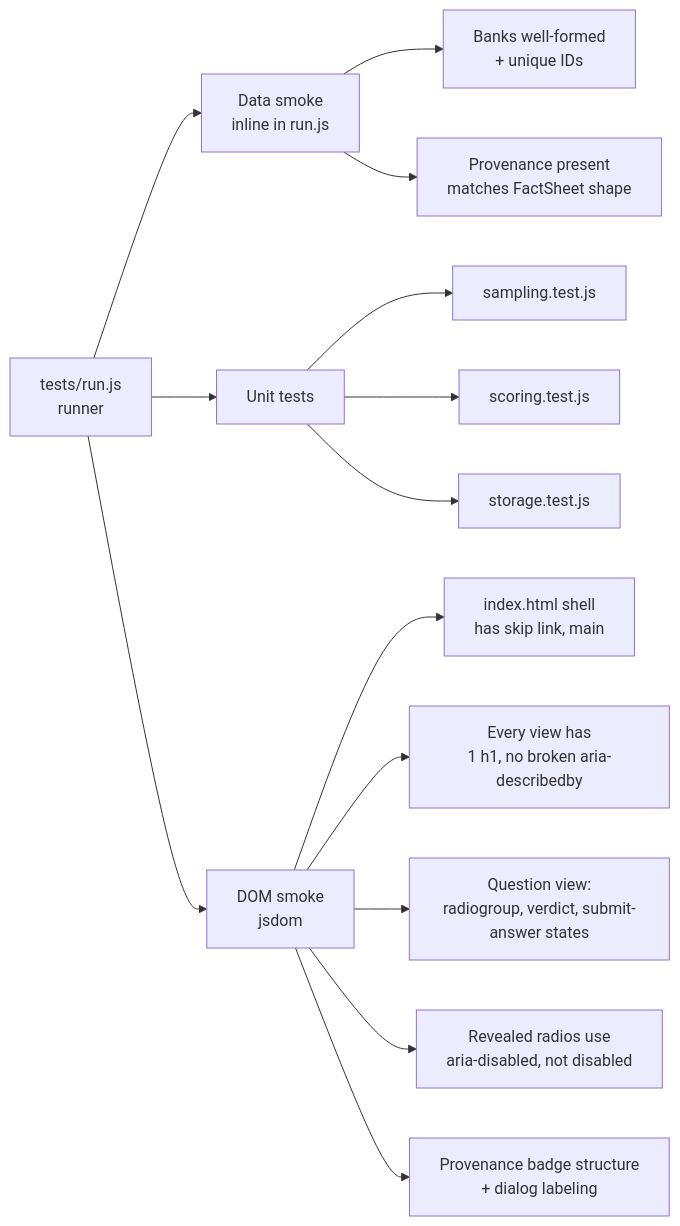
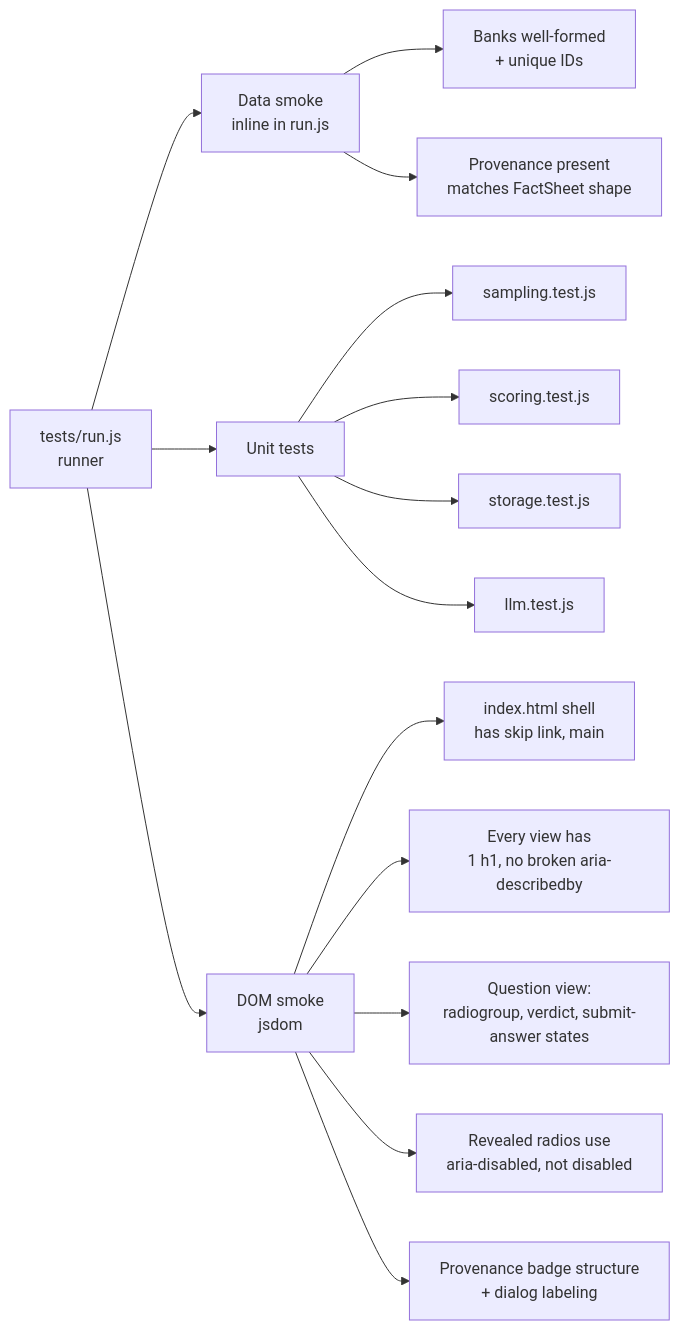
Before and after one commit to lucidsif/cpacc-exam-prep: the fourth of 4 diagrams in ARCHITECTURE.md, drawn with Mermaid. The commit also changed other lines of this file and 19 other files, not shown here.

````diff
--- a/ARCHITECTURE.md
+++ b/ARCHITECTURE.md
@@ -218,23 +239,24 @@
 ```mermaid
 graph LR
   accTitle: Test suite layers
-  accDescr: The test runner discovers every *.test.js file in tests/. There are three layers: data smoke tests (inline in run.js) validate data file structure and provenance. Unit tests cover pure logic in sampling, scoring, and storage. DOM smoke tests use jsdom to assert view-level accessibility contracts.
+  accDescr: The test runner discovers every *.test.js file in tests/. There are three layers: data smoke tests (inline in run.js) validate data file structure and provenance. Unit tests cover pure logic in sampling, scoring, storage, and the LLM provider helper. DOM smoke tests use jsdom to assert view-level accessibility contracts.
 
   R[tests/run.js<br/>runner]
   DS[Data smoke<br/>inline in run.js]
   U[Unit tests]
   V[DOM smoke<br/>jsdom]
   R --> DS
   R --> U
   R --> V
   DS --> DSa[Banks well-formed<br/>+ unique IDs]
   DS --> DSb[Provenance present<br/>matches FactSheet shape]
   U --> Ua[sampling.test.js]
   U --> Ub[scoring.test.js]
   U --> Uc[storage.test.js]
+  U --> Ud[llm.test.js]
   V --> Va[index.html shell<br/>has skip link, main]
   V --> Vb[Every view has<br/>1 h1, no broken aria-describedby]
   V --> Vc[Question view:<br/>radiogroup, verdict, submit-answer states]
   V --> Vd[Revealed radios use<br/>aria-disabled, not disabled]
   V --> Ve[Provenance badge structure<br/>+ dialog labeling]
 ```
````
